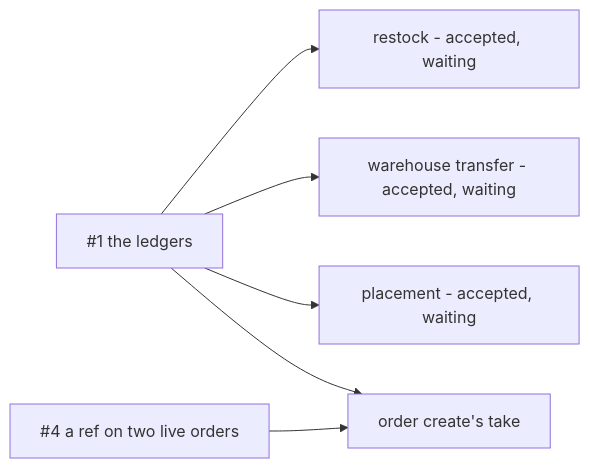
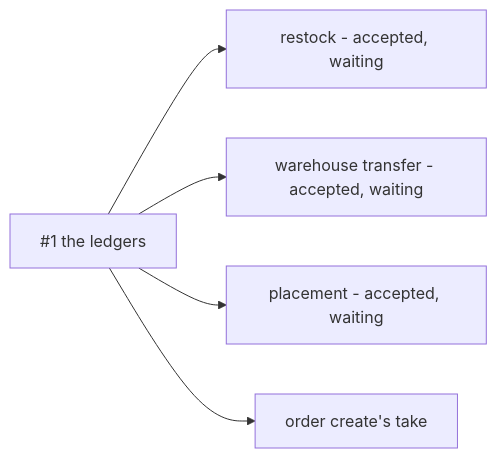
One commit to pdcgo/warehouse_revamp changed the diagram in docs/biggest_question.md. Above: the diagram before and after it, drawn with Mermaid. The commit also changed other lines of this file and 12 other files, not shown here.

````diff
--- a/docs/biggest_question.md
+++ b/docs/biggest_question.md
@@ -84,8 +95,7 @@
 ```mermaid
 flowchart LR
   L["#1 the ledgers"] --> R["restock - accepted, waiting"]
   L --> T["warehouse transfer - accepted, waiting"]
   L --> P["placement - accepted, waiting"]
   L --> O["order create's take"]
-  K["#4 a ref on two live orders"] --> O
 ```
````
